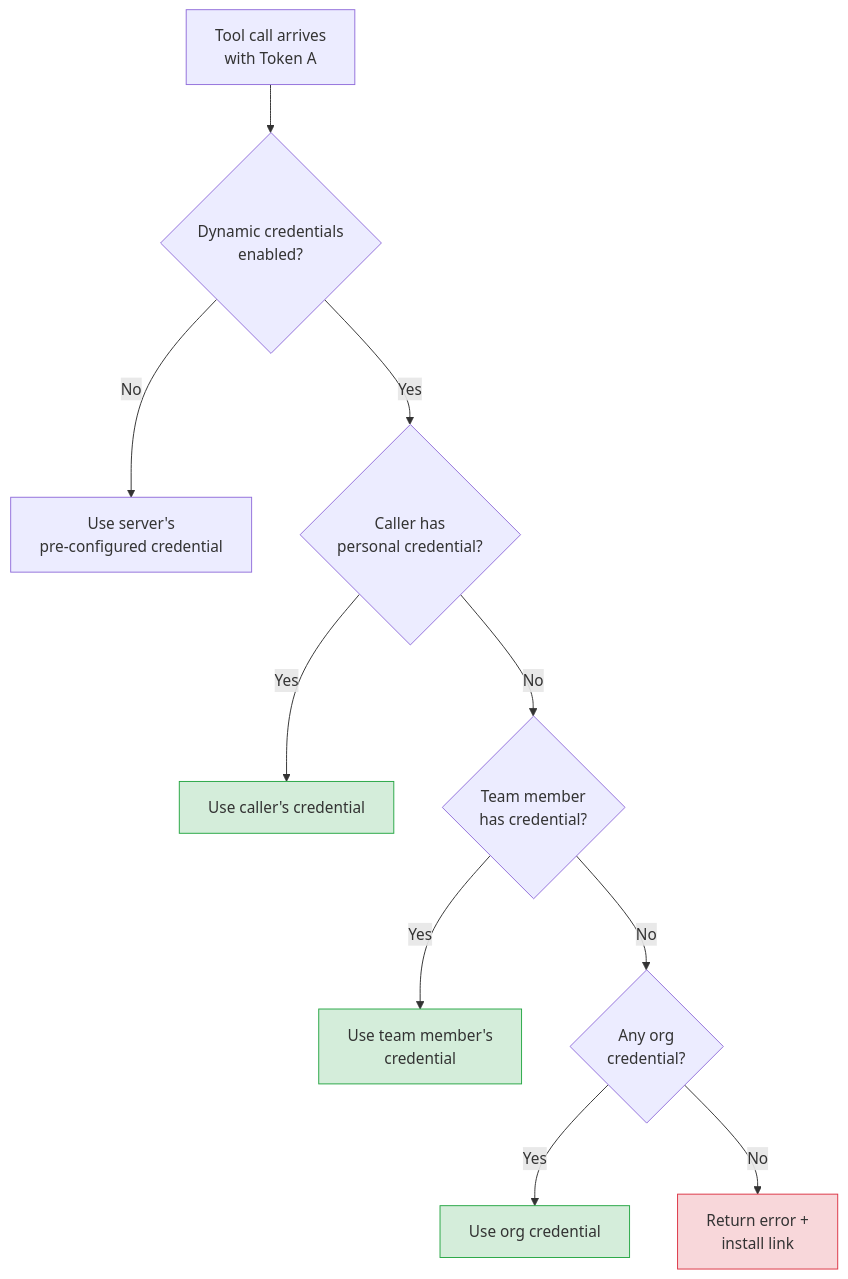
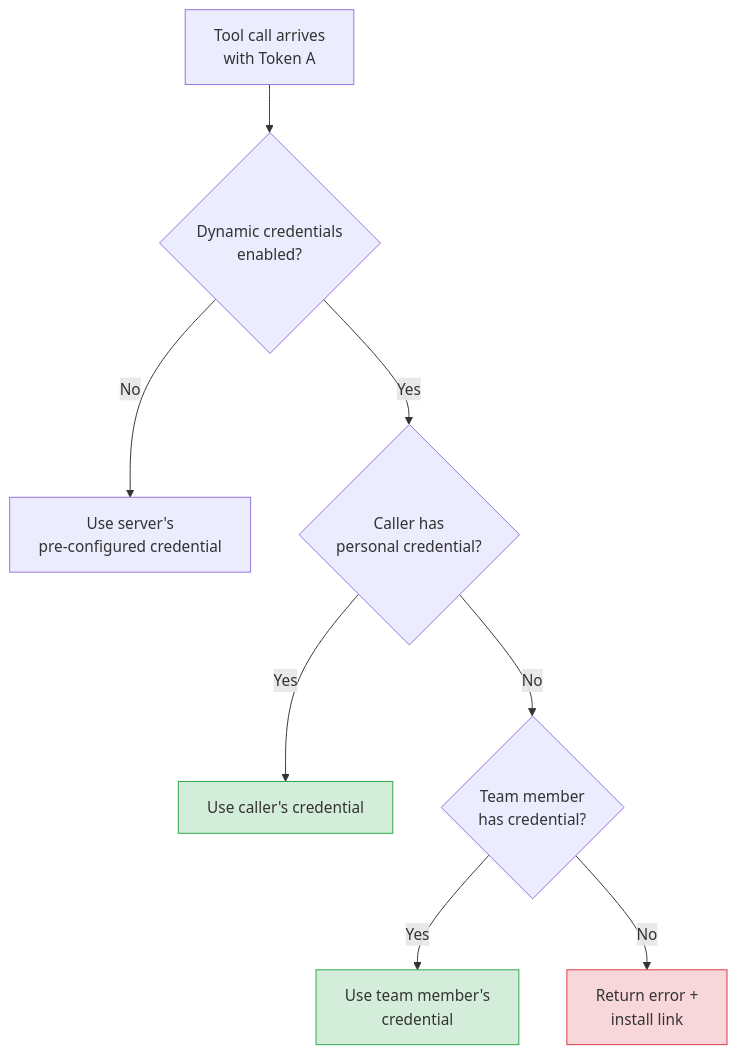
The second of 3 diagrams in docs/pages/platform-mcp-server-authentication.md (joeyotester/archestra), drawn with Mermaid before and after one commit. The commit also changed other lines of this file, not shown here.

Commit message:
docs: remove non-existent org-wide credential step from flowchart

````diff
--- a/docs/pages/platform-mcp-server-authentication.md
+++ b/docs/pages/platform-mcp-server-authentication.md
@@ -91,17 +91,14 @@
 ```mermaid
 flowchart TD
     A["Tool call arrives<br/>with Token A"] --> B{Dynamic credentials<br/>enabled?}
     B -- No --> C["Use server's<br/>pre-configured credential"]
     B -- Yes --> D{Caller has<br/>personal credential?}
     D -- Yes --> E["Use caller's credential"]
     D -- No --> F{Team member<br/>has credential?}
     F -- Yes --> G["Use team member's<br/>credential"]
-    F -- No --> H{Any org<br/>credential?}
-    H -- Yes --> I["Use org credential"]
-    H -- No --> J["Return error +<br/>install link"]
+    F -- No --> J["Return error +<br/>install link"]
 
     style E fill:#d4edda,stroke:#28a745
     style G fill:#d4edda,stroke:#28a745
-    style I fill:#d4edda,stroke:#28a745
     style J fill:#f8d7da,stroke:#dc3545
 ```
````
